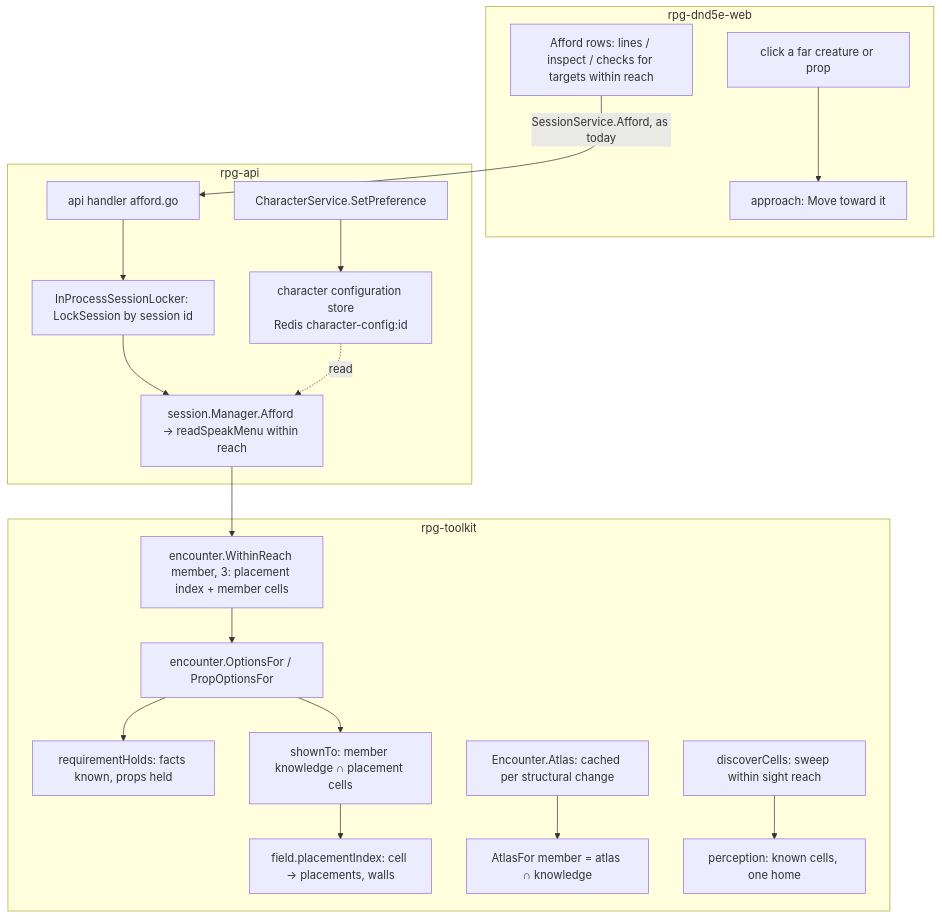
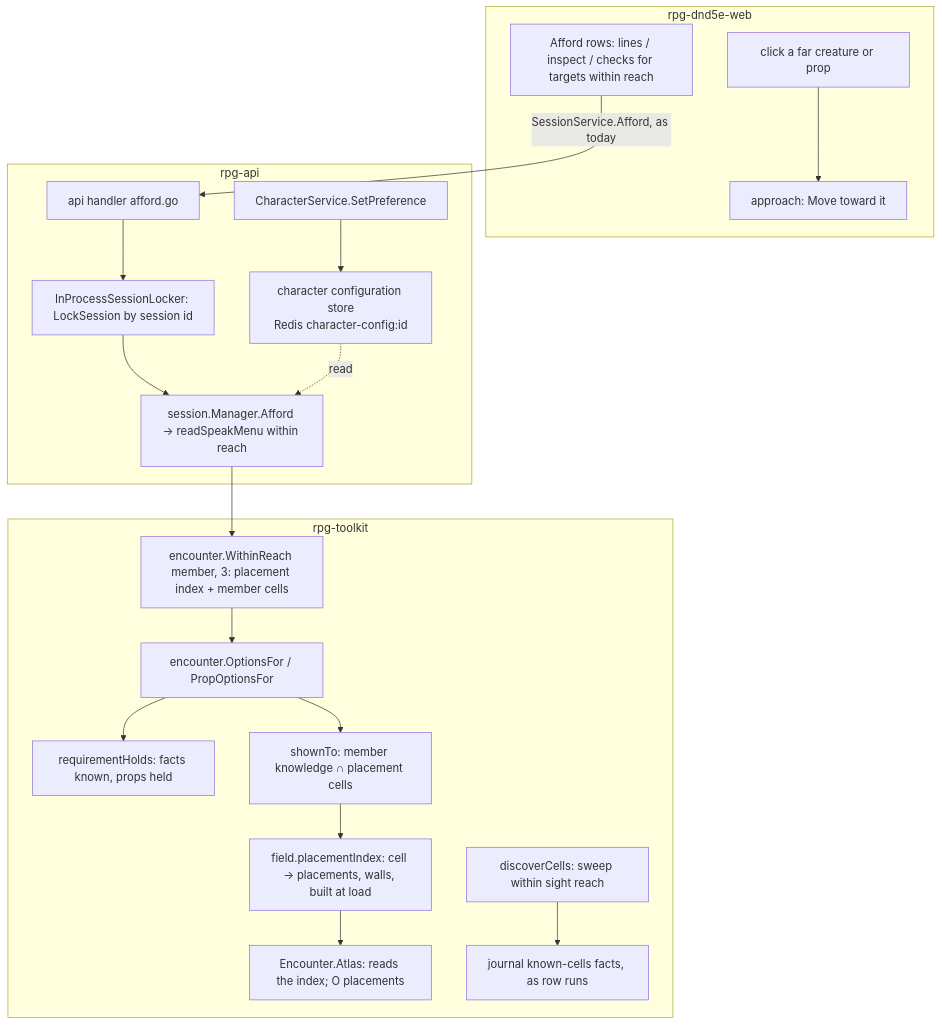
One commit to KirkDiggler/rpg-project changed the diagram in ideas/server-at-scale/README.md. Above: the diagram before and after it, drawn with Mermaid. The commit also changed other lines of this file and 2 other files, not shown here.

First line of the commit message:
design(server-at-scale): review round — known cells stay in the journal (runs), shown = known under the concealment mask, no atlas cache, lock after the preference moves, Move budget (V12)

````diff
--- a/ideas/server-at-scale/README.md
+++ b/ideas/server-at-scale/README.md
@@ -25,23 +25,23 @@
 ```mermaid
 flowchart TB
     subgraph web [rpg-dnd5e-web]
         Pick[click a far creature or prop] --> Go[approach: Move toward it]
         Menu[Afford rows: lines / inspect / checks for targets within reach]
     end
     Menu -->|SessionService.Afford, as today| H[api handler afford.go]
     subgraph api [rpg-api]
         H --> L[InProcessSessionLocker: LockSession by session id]
         L --> M[session.Manager.Afford → readSpeakMenu within reach]
         C[character configuration store<br/>Redis character-config:id] -.read.-> M
         CS[CharacterService.SetPreference] --> C
     end
     subgraph toolkit [rpg-toolkit]
         M --> N[encounter.WithinReach member, 3: placement index + member cells]
         N --> O[encounter.OptionsFor / PropOptionsFor]
         O --> R[requirementHolds: facts known, props held]
         O --> S[shownTo: member knowledge ∩ placement cells]
-        S --> I[field.placementIndex: cell → placements, walls]
-        P[Encounter.Atlas: cached per structural change] --> PF[AtlasFor member = atlas ∩ knowledge]
-        Sw[discoverCells: sweep within sight reach] --> K[perception: known cells, one home]
+        S --> I[field.placementIndex: cell → placements, walls, built at load]
+        I --> P[Encounter.Atlas: reads the index; O placements]
+        Sw[discoverCells: sweep within sight reach] --> K[journal known-cells facts, as row runs]
     end
 ```
````
